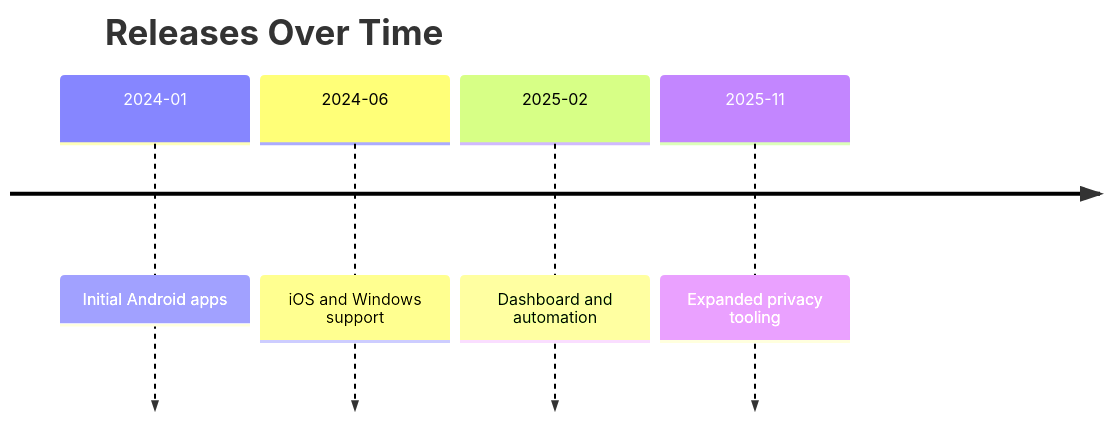
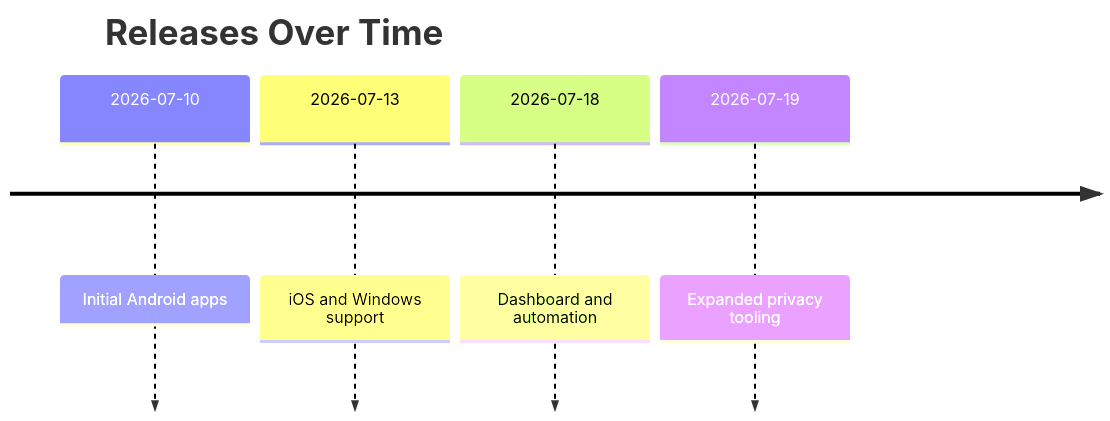
One commit to flaxixyboy/Flax_Apps changed the third of 3 diagrams in README.md. Above: the diagram before and after it, drawn with Mermaid.

Commit message:
Update release timeline dates in README.md

````diff
--- a/README.md
+++ b/README.md
@@ -797,8 +797,8 @@
 ```mermaid
 timeline
     title Releases Over Time
-    2024-01 : Initial Android apps
-    2024-06 : iOS and Windows support
-    2025-02 : Dashboard and automation
-    2025-11 : Expanded privacy tooling
+    2026-07-10 : Initial Android apps
+    2026-07-13 : iOS and Windows support
+    2026-07-18 : Dashboard and automation
+    2026-07-19 : Expanded privacy tooling
 ```
````
